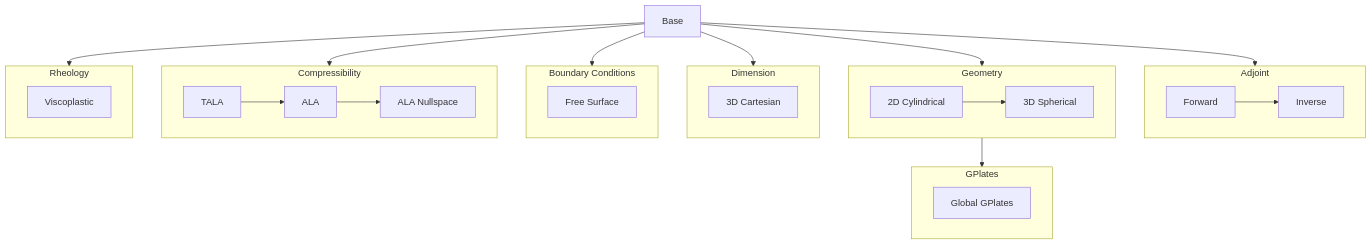
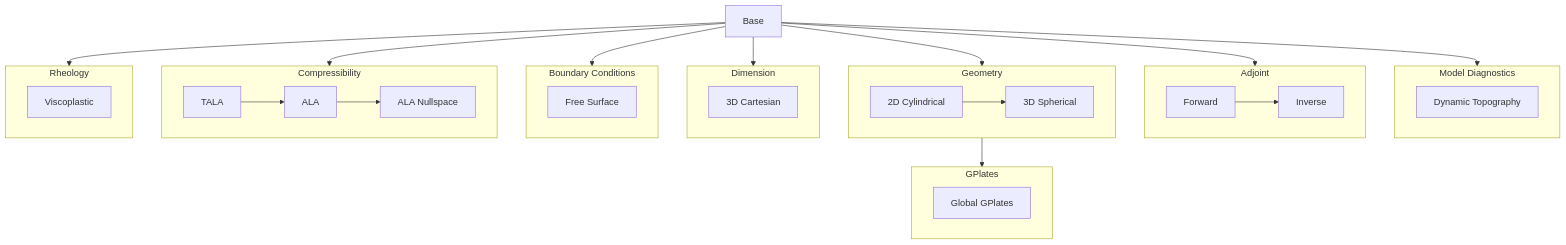
One commit to g-adopt/g-adopt changed the diagram in demos/.diagram.mermaid. Above: the diagram before and after it, drawn with Mermaid. The commit also changed 8 other files, not shown here.

Commit message:
Demo for dynamic topography (#198)

```diff
--- a/demos/.diagram.mermaid
+++ b/demos/.diagram.mermaid
@@ -1,51 +1,57 @@
 graph TD
   base[Base]
+
+  subgraph model_diagnostics[Model Diagnostics]
+  dynamic_topography[Dynamic Topography]
+  end
 
   subgraph adjoint[Adjoint]
   adjoint_forward[Forward] --> inverse[Inverse]
   end
 
   subgraph geometry[Geometry]
   cylindrical_2d[2D Cylindrical] --> spherical_3d[3D Spherical]
   end
 
   subgraph gplates[GPlates]
   gplates_global["Global GPlates"]
   end
 
   subgraph dimension[Dimension]
   cartesian_3d[3D Cartesian]
   end
 
   subgraph bcs[Boundary Conditions]
   free_surface[Free Surface]
   end
 
   subgraph compressibility[Compressibility]
   tala[TALA] --> ala[ALA] --> visualise_ala[ALA Nullspace]
   end
 
   subgraph rheology[Rheology]
   viscoplastic[Viscoplastic]
   end
 
   base --> dimension
   base --> compressibility
   base --> rheology
   base --> geometry
   base --> bcs
   base --> adjoint
+  base --> model_diagnostics
   geometry --> gplates
 
   click base "mantle_convection/base_case"
   click tala "mantle_convection/2d_compressible_TALA"
   click ala "mantle_convection/2d_compressible_ALA"
   click visualise_ala "mantle_convection/visualise_ALA_p_nullspace"
   click viscoplastic "mantle_convection/viscoplastic_case"
   click cartesian_3d "mantle_convection/3d_cartesian"
   click cylindrical_2d "mantle_convection/2d_cylindrical"
   click spherical_3d "mantle_convection/3d_spherical"
   click gplates_global "mantle_convection/gplates_global"
   click adjoint_forward "mantle_convection/adjoint_forward"
   click inverse "mantle_convection/adjoint"
   click free_surface "mantle_convection/free_surface"
+  click dynamic_topography "mantle_convection/dynamic_topography"
```
